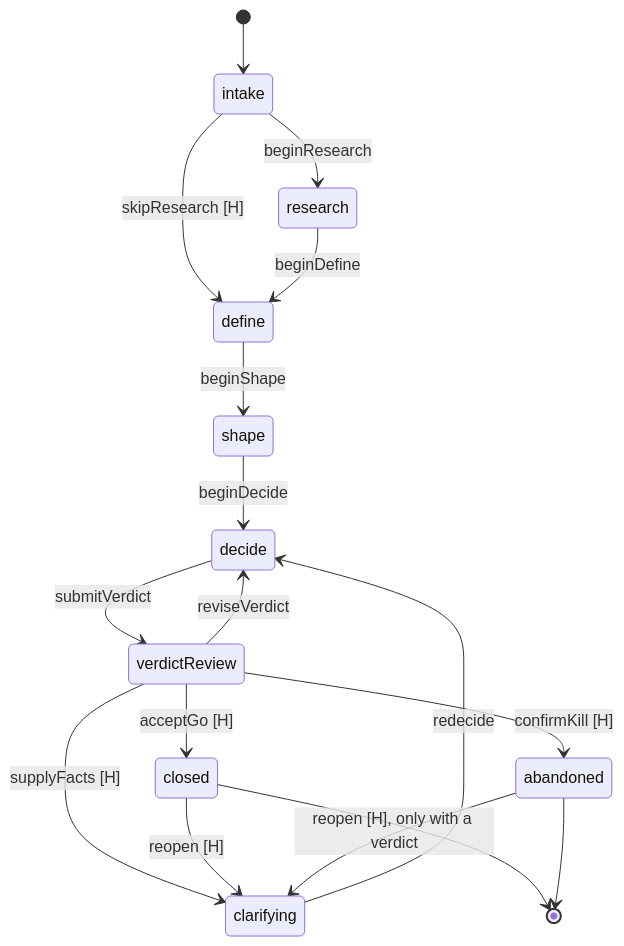
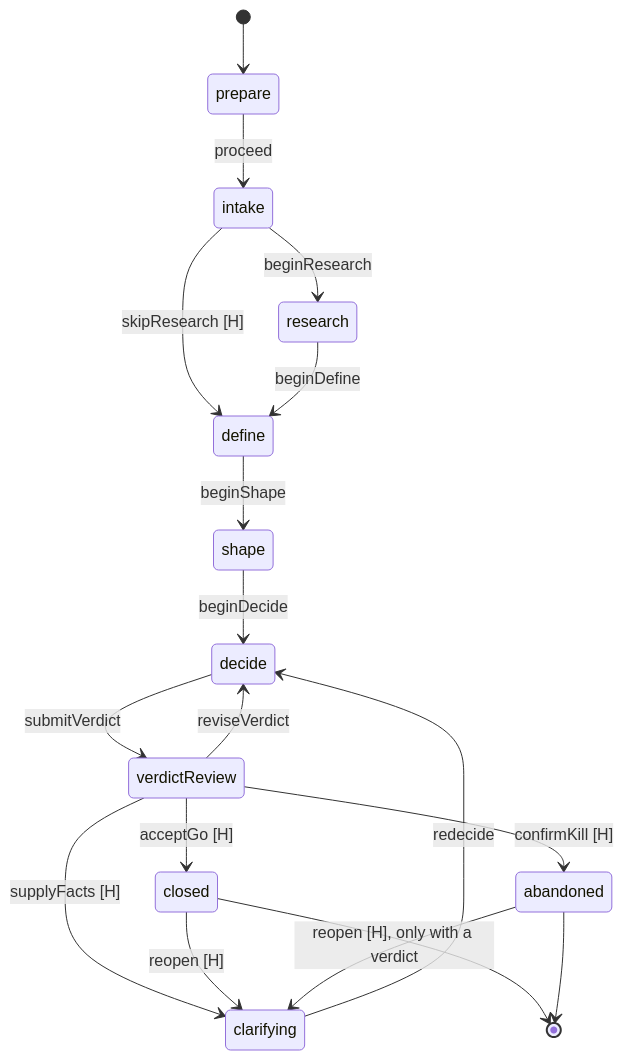
The first of 4 diagrams in docs/speckit-workflows.md (dsschneidermann-org/pasta-dev), drawn with Mermaid before and after one commit. The commit also changed other lines of this file and 7 other files, not shown here.

````diff
--- a/docs/speckit-workflows.md
+++ b/docs/speckit-workflows.md
@@ -132,19 +136,20 @@
 ```mermaid
 stateDiagram-v2
-  [*] --> intake
+  [*] --> prepare
+  prepare --> intake: proceed
   intake --> research: beginResearch
   intake --> define: skipResearch [H]
   research --> define: beginDefine
   define --> shape: beginShape
   shape --> decide: beginDecide
   decide --> verdictReview: submitVerdict
   verdictReview --> closed: acceptGo [H]
   verdictReview --> abandoned: confirmKill [H]
   verdictReview --> clarifying: supplyFacts [H]
   verdictReview --> decide: reviseVerdict
   clarifying --> decide: redecide
   closed --> clarifying: reopen [H]
   abandoned --> clarifying: reopen [H], only with a verdict
   closed --> [*]
   abandoned --> [*]
 ```
````
